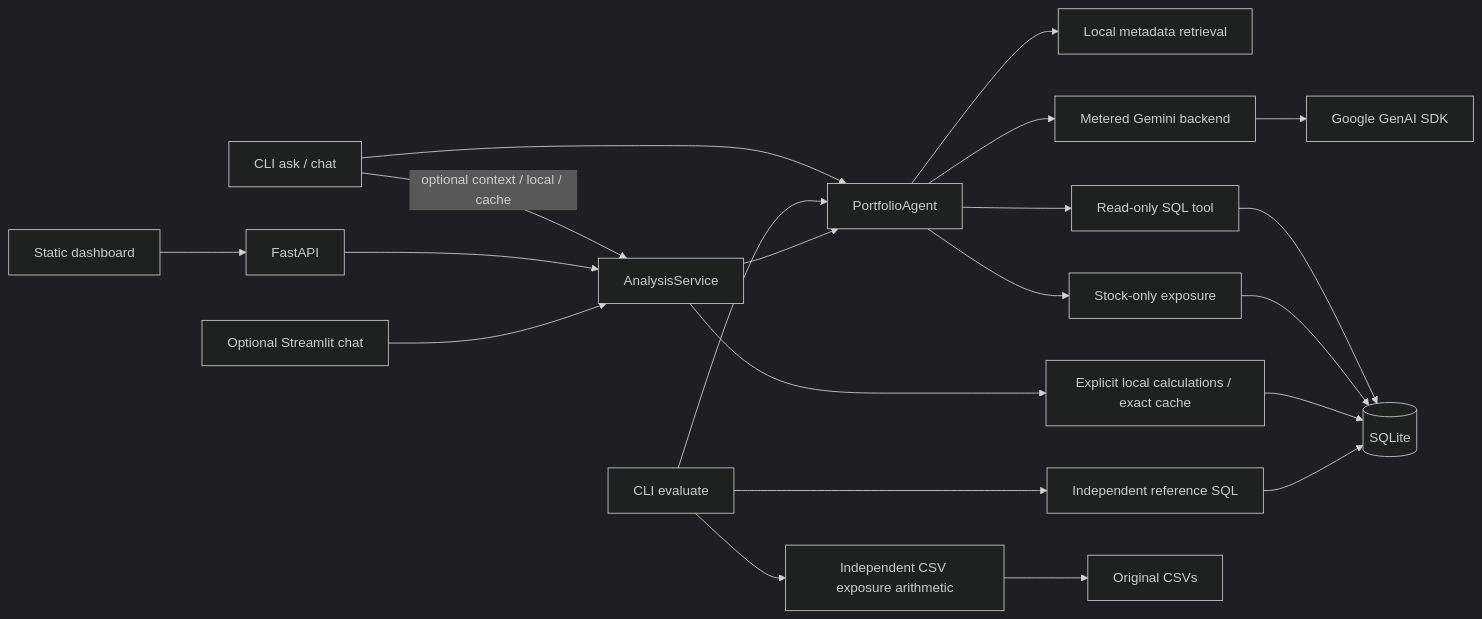
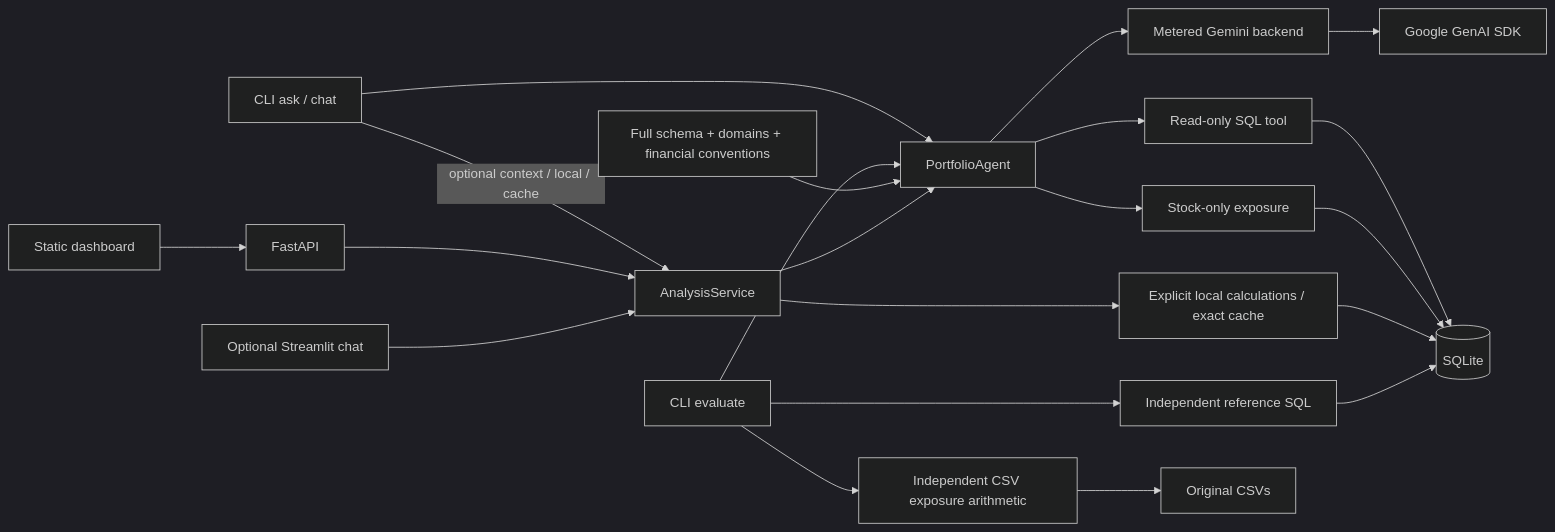
One commit to Shaunakrane914/PortiQ changed the diagram in docs/ARCHITECTURE.md. Above: the diagram before and after it, drawn with Mermaid (dark theme). The commit also changed other lines of this file and 23 other files, not shown here.

Commit message:
Remove BM25 retrieval and document measured full-schema architecture

````diff
--- a/docs/ARCHITECTURE.md
+++ b/docs/ARCHITECTURE.md
@@ -22,17 +21,17 @@
 ```mermaid
 flowchart LR
   CLI[CLI ask / chat] --> Agent[PortfolioAgent]
   CLI -->|optional context / local / cache| Service[AnalysisService]
   Eval[CLI evaluate] --> Agent
   UI[Static dashboard] --> API[FastAPI] --> Service
   Streamlit[Optional Streamlit chat] --> Service
-  Agent --> Metadata[Local metadata retrieval]
+  Context[Full schema + domains + financial conventions] --> Agent
   Service --> Agent
   Service --> Local[Explicit local calculations / exact cache]
   Agent --> Backend[Metered Gemini backend] --> Gemini[Google GenAI SDK]
   Agent --> SQL[Read-only SQL tool] --> DB[(SQLite)]
   Agent --> Exposure[Stock-only exposure] --> DB
   Local --> DB
   Eval --> RefSQL[Independent reference SQL] --> DB
   Eval --> RefExposure[Independent CSV exposure arithmetic] --> CSV[Original CSVs]
 ```
````
